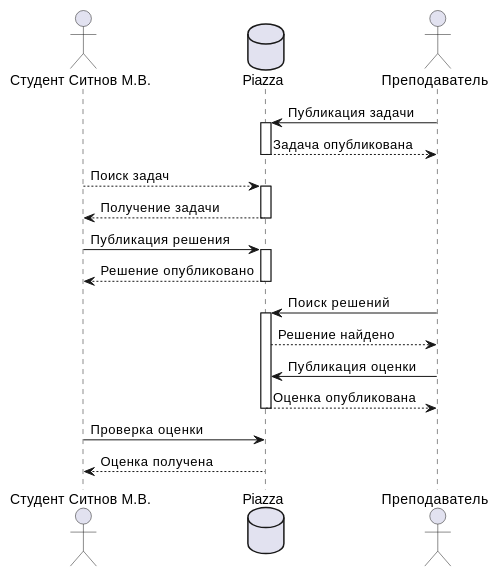
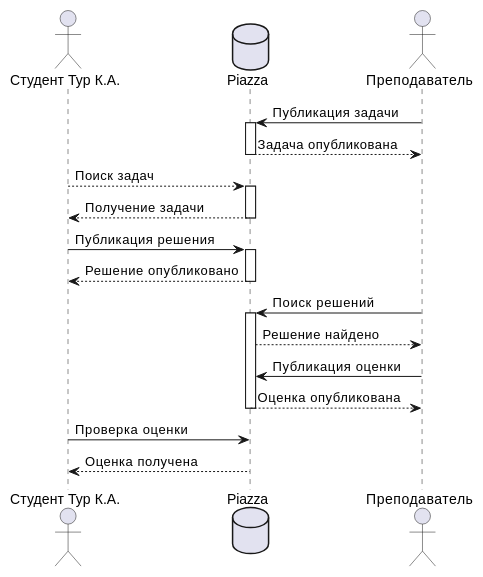
Before and after one commit to Woonze/KONFIG: the diagram in prac7.md, drawn with PlantUML. The commit also changed other lines of this file, not shown here.

````diff
--- a/prac7.md
+++ b/prac7.md
@@ -53,36 +53,36 @@
 ```PlantUML
 # PlantUML Editor
 
 @startuml
-actor "Студент Ситнов М.В." as Student
+actor "Студент Тур К.А." as Student
 database "Piazza" as Piazza
 actor "Преподаватель" as Teacher
 
 Teacher -> Piazza: Публикация задачи
 activate Piazza
 Piazza --> Teacher: Задача опубликована
 deactivate Piazza
 
 
 Student --> Piazza: Поиск задач
 activate Piazza
 Piazza --> Student: Получение задачи
 deactivate Piazza
 
 Student -> Piazza: Публикация решения
 activate Piazza
 Piazza --> Student: Решение опубликовано
 deactivate Piazza
 
 Teacher -> Piazza: Поиск решений
 activate Piazza
 Piazza --> Teacher: Решение найдено
 Teacher -> Piazza: Публикация оценки
 Piazza --> Teacher: Оценка опубликована
 deactivate Piazza
 
 Student -> Piazza: Проверка оценки
 Piazza --> Student: Оценка получена
 
 @enduml
 ```
````
